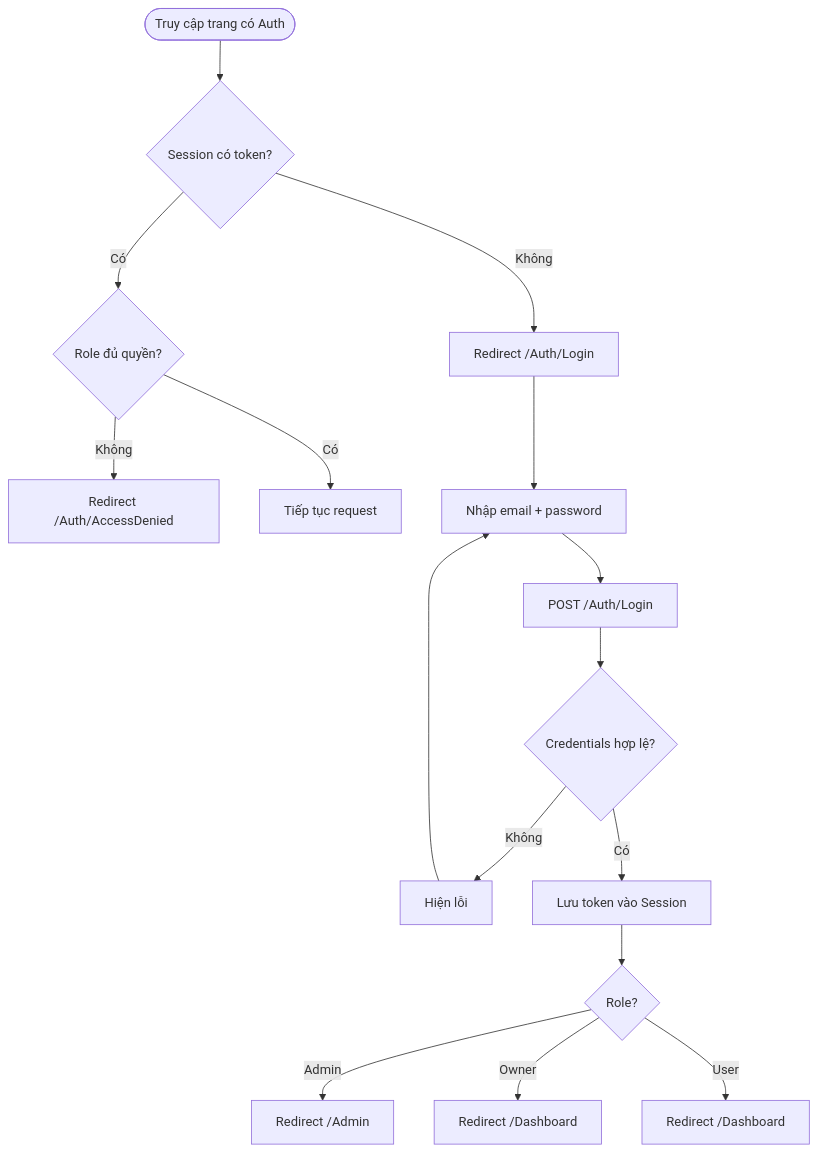
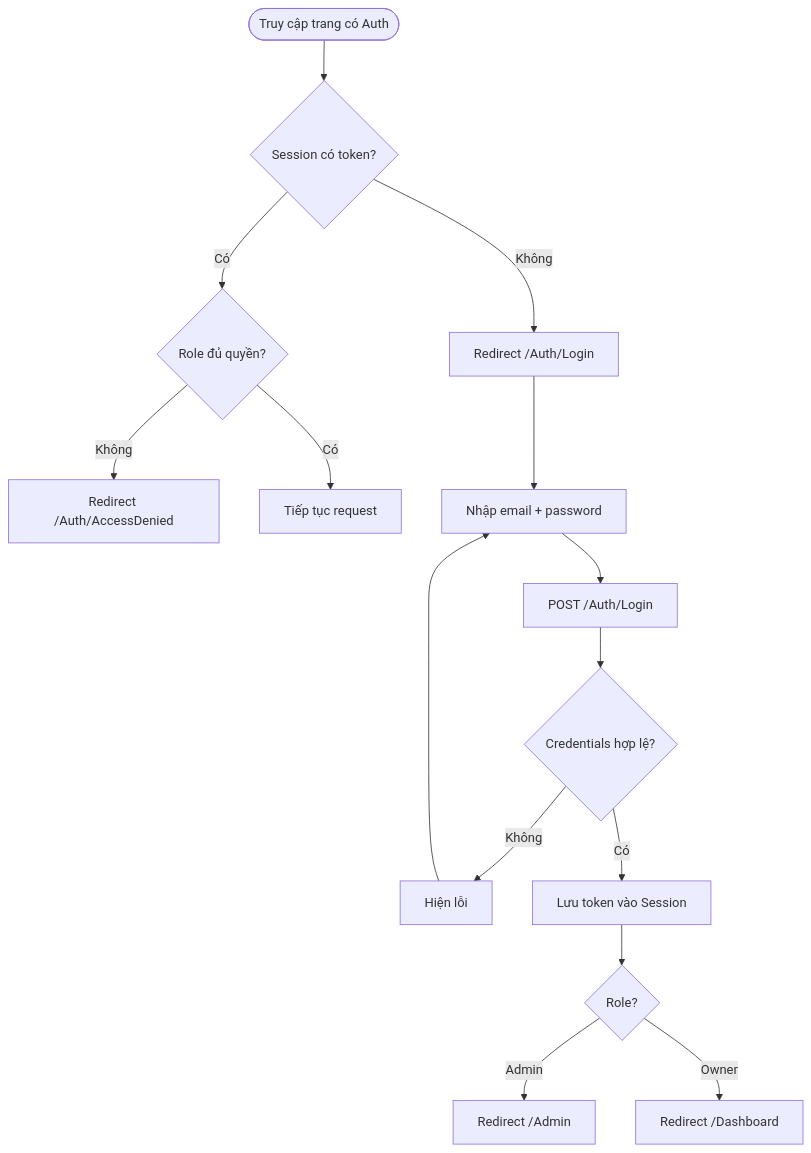
Diagram 20 of 21 in PRD.md (MTai55/TourguideProjectApp), drawn with Mermaid before and after one commit. The commit also changed other lines of this file, not shown here.

Commit message:
diagrams

````diff
--- a/PRD.md
+++ b/PRD.md
@@ -1534,18 +1533,17 @@
 ```mermaid
 flowchart TD
     A([Truy cập trang có Auth]) --> B{Session có token?}
     B -->|Không| C[Redirect /Auth/Login]
     B -->|Có| D{Role đủ quyền?}
     D -->|Không| E[Redirect /Auth/AccessDenied]
     D -->|Có| F[Tiếp tục request]
     C --> G[Nhập email + password]
     G --> H[POST /Auth/Login]
     H --> I{Credentials hợp lệ?}
     I -->|Không| J[Hiện lỗi]
     J --> G
     I -->|Có| K[Lưu token vào Session]
     K --> L{Role?}
     L -->|Admin| M[Redirect /Admin]
     L -->|Owner| N[Redirect /Dashboard]
-    L -->|User| O[Redirect /Dashboard]
 ```
````
